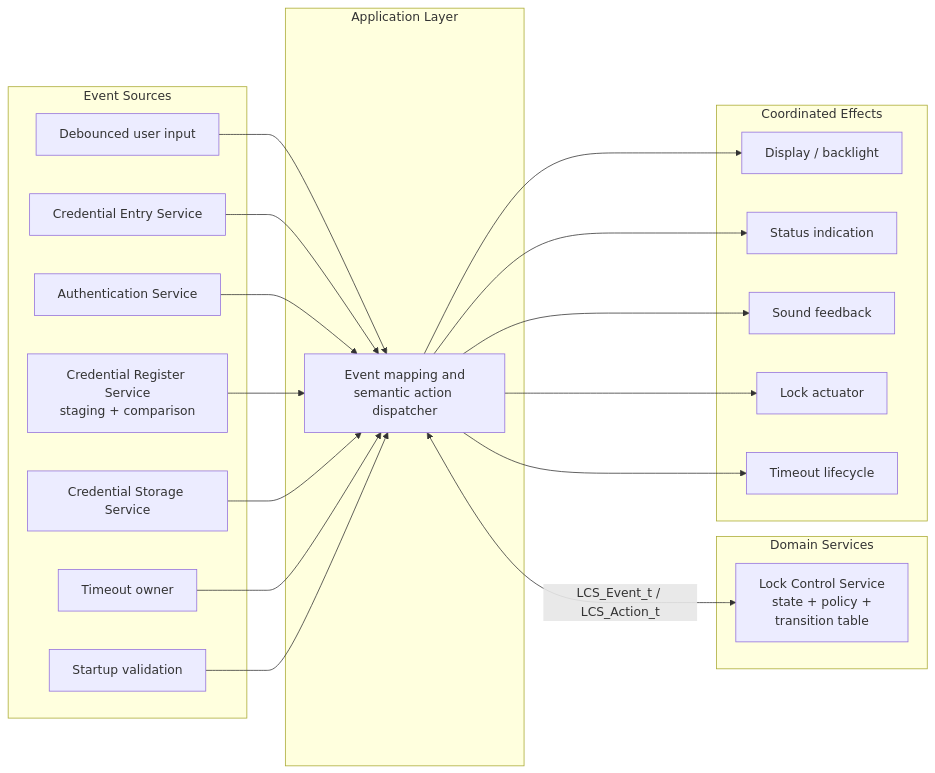
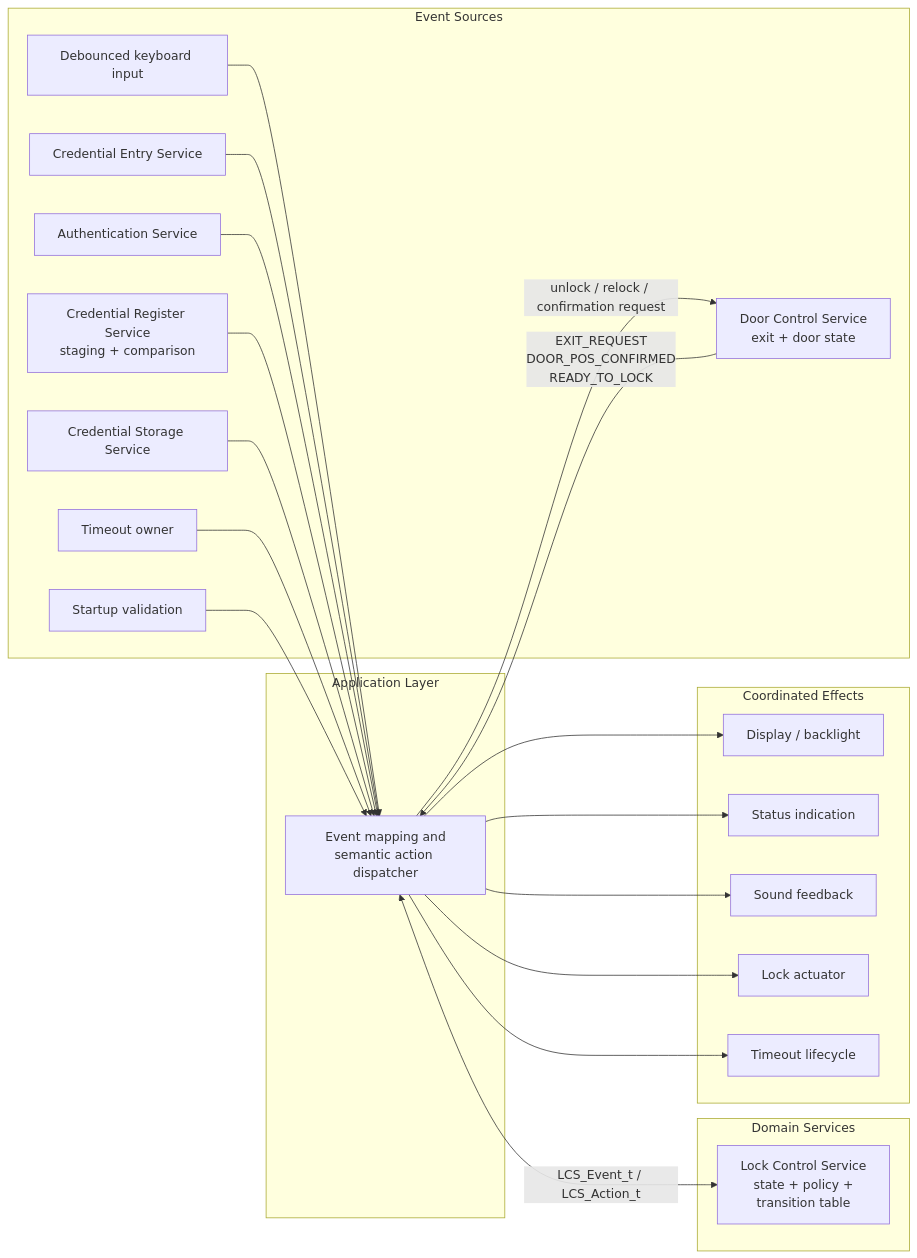
Before and after one commit to JP-REY/STM32F103C8T6-Based-Electronic-Lock: the first of 7 diagrams in Libs/Services/Lock_Control/README.md, drawn with Mermaid. The commit also changed other lines of this file and 2 other files, not shown here.

First line of the commit message:
feature(lock-control): add door-aware relock flow

````diff
--- a/Libs/Services/Lock_Control/README.md
+++ b/Libs/Services/Lock_Control/README.md
@@ -155,42 +164,45 @@
 ```mermaid
 flowchart LR
     subgraph SOURCES["Event Sources"]
-        INPUT["Debounced user input"]
+        INPUT["Debounced keyboard input"]
         CES["Credential Entry Service"]
         AUTH["Authentication Service"]
         REGISTER["Credential Register Service<br/>staging + comparison"]
         STORAGE["Credential Storage Service"]
+        DCS["Door Control Service<br/>exit + door state"]
         TIME["Timeout owner"]
         BOOT["Startup validation"]
     end
 
     subgraph DOMAIN["Domain Services"]
         LCS["Lock Control Service<br/>state + policy + <br/>transition table"]
     end
 
     subgraph APP["Application Layer"]
         DISPATCH["Event mapping and<br/>semantic action dispatcher"]
     end
 
     subgraph EFFECTS["Coordinated Effects"]
         DISPLAY["Display / backlight"]
         STATUS["Status indication"]
         SOUND["Sound feedback"]
         LOCK["Lock actuator"]
         TIMERS["Timeout lifecycle"]
     end
 
     INPUT --> DISPATCH
     CES --> DISPATCH
     AUTH --> DISPATCH
     REGISTER --> DISPATCH
     STORAGE --> DISPATCH
+    DCS -->|"EXIT_REQUEST<br/>DOOR_POS_CONFIRMED<br/>READY_TO_LOCK"| DISPATCH
     TIME --> DISPATCH
     BOOT --> DISPATCH
     DISPATCH <-->|"LCS_Event_t / LCS_Action_t"| LCS
+    DISPATCH -->|"unlock / relock / confirmation request"| DCS
     DISPATCH --> DISPLAY
     DISPATCH --> STATUS
     DISPATCH --> SOUND
     DISPATCH --> LOCK
     DISPATCH --> TIMERS
 ```
````
